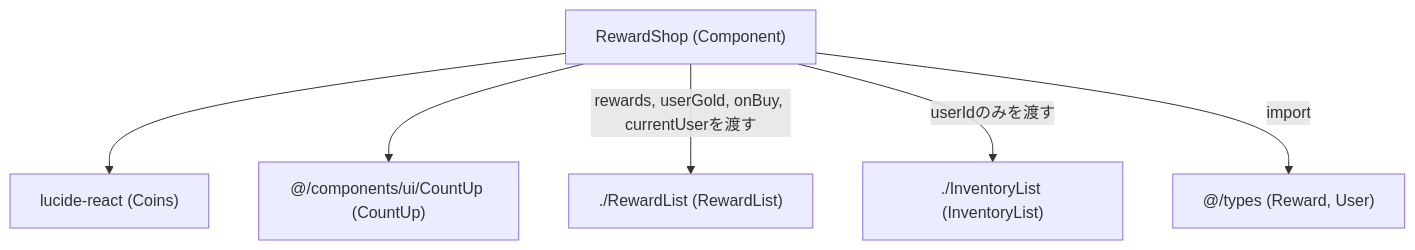
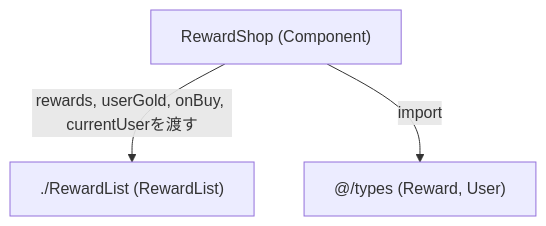
The second of 2 diagrams in docs/specifications/family-quest/src/features/shop/components/RewardShop.md (mmtigers/my_python_project), drawn with Mermaid before and after one commit. The commit also changed other lines of this file and 65 other files, not shown here.

````diff
--- a/docs/specifications/family-quest/src/features/shop/components/RewardShop.md
+++ b/docs/specifications/family-quest/src/features/shop/components/RewardShop.md
@@ -116,17 +94,11 @@
 ```mermaid
 graph TD
     RewardShop["RewardShop (Component)"]
 
-    Lucide_Coins["lucide-react (Coins)"]
-    CountUp["@/components/ui/CountUp (CountUp)"]
     RewardList["./RewardList (RewardList)"]
-    InventoryList["./InventoryList (InventoryList)"]
     Types["@/types (Reward, User)"]
 
-    RewardShop --> Lucide_Coins
-    RewardShop --> CountUp
     RewardShop -->|rewards, userGold, onBuy, currentUserを渡す| RewardList
-    RewardShop -->|userIdのみを渡す| InventoryList
     RewardShop -->|import| Types
 
 ```
````
